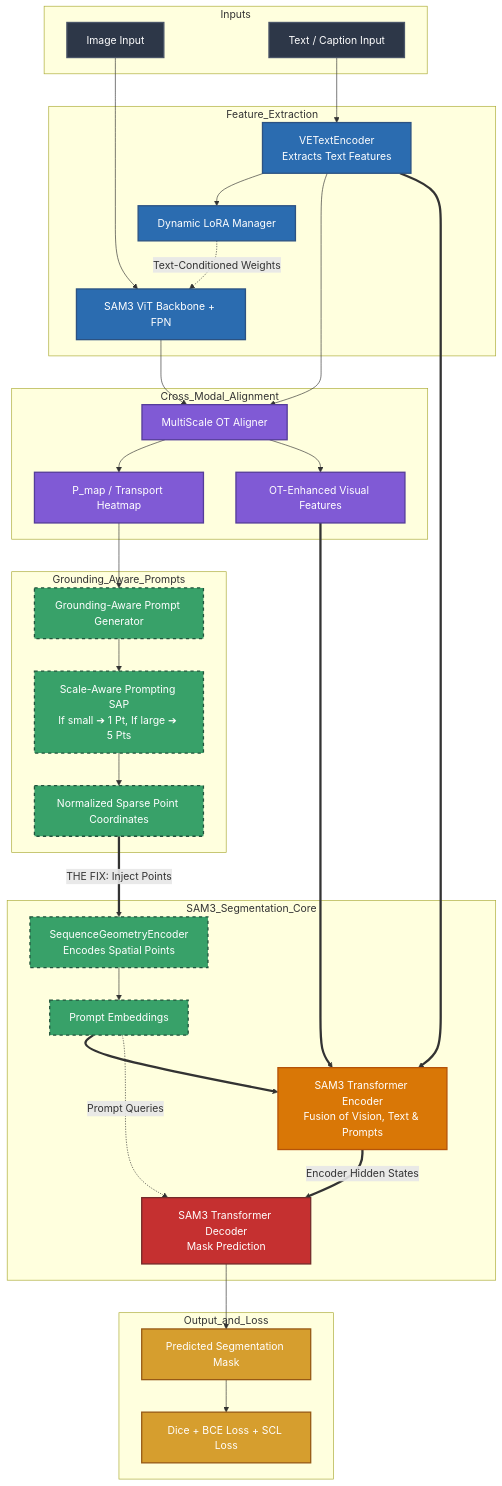
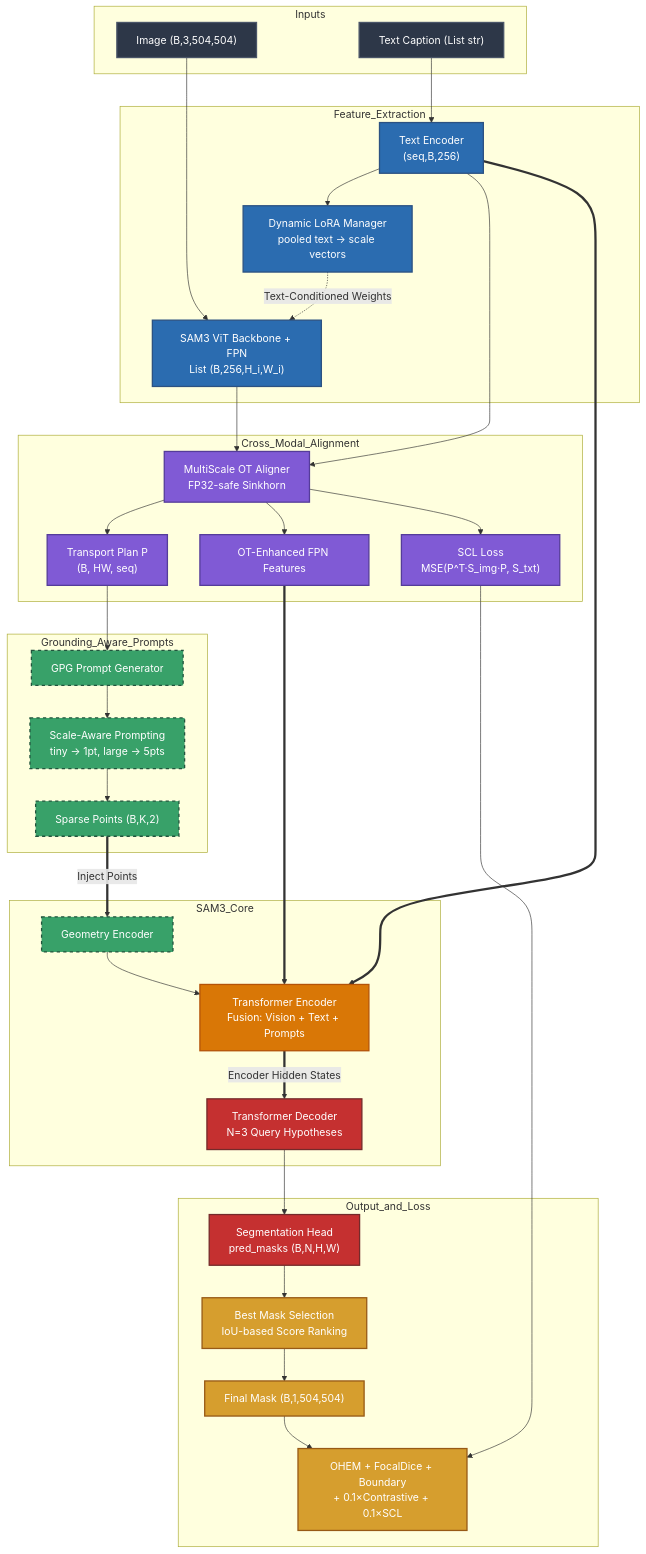
The diagram in README.md (Abdul-Insighht/Enhanced_RRSIS_GPG), drawn with Mermaid before and after one commit. The commit also changed other lines of this file, not shown here.

````diff
--- a/README.md
+++ b/README.md
@@ -20,6 +18,5 @@
 ```mermaid
 graph TD
-    %% Styling
     classDef input fill:#2d3748,stroke:#4a5568,stroke-width:2px,color:#fff
     classDef encoder fill:#2b6cb0,stroke:#2c5282,stroke-width:2px,color:#fff
     classDef alignment fill:#805ad5,stroke:#553c9a,stroke-width:2px,color:#fff
@@ -28,77 +25,69 @@
     classDef decoder fill:#c53030,stroke:#742a2a,stroke-width:2px,color:#fff
     classDef output fill:#d69e2e,stroke:#975a16,stroke-width:2px,color:#fff
 
-    %% Inputs
     subgraph Inputs
-        I[Image Input]:::input
-        C[Text / Caption Input]:::input
+        I["Image (B,3,504,504)"]:::input
+        C["Text Caption (List str)"]:::input
     end
 
-    %% Encoders
     subgraph Feature_Extraction
-        VE[VETextEncoder<br/>Extracts Text Features]:::encoder
-        LoRA[Dynamic LoRA Manager]:::encoder
-        ViT[SAM3 ViT Backbone + FPN]:::encoder
+        VE["Text Encoder<br/>(seq,B,256)"]:::encoder
+        LoRA["Dynamic LoRA Manager<br/>pooled text → scale vectors"]:::encoder
+        ViT["SAM3 ViT Backbone + FPN<br/>List (B,256,H_i,W_i)"]:::encoder
     end
 
-    %% Optimal Transport
     subgraph Cross_Modal_Alignment
-        OT[MultiScale OT Aligner]:::alignment
-        OT_Map[P_map / Transport Heatmap]:::alignment
-        Enh_Vis[OT-Enhanced Visual Features]:::alignment
+        OT["MultiScale OT Aligner<br/>FP32-safe Sinkhorn"]:::alignment
+        OT_Map["Transport Plan P<br/>(B, HW, seq)"]:::alignment
+        SCL["SCL Loss<br/>MSE(P^T·S_img·P, S_txt)"]:::alignment
+        Enh_Vis["OT-Enhanced FPN Features"]:::alignment
     end
 
-    %% Grounding Prompts (Our Fix)
     subgraph Grounding_Aware_Prompts
-        GPG[Grounding-Aware Prompt Generator]:::prompt
-        SAP[Scale-Aware Prompting SAP<br/>If small ➔ 1 Pt, If large ➔ 5 Pts]:::prompt
-        Pts[Normalized Sparse Point Coordinates]:::prompt
+        GPG["GPG Prompt Generator"]:::prompt
+        SAP["Scale-Aware Prompting<br/>tiny → 1pt, large → 5pts"]:::prompt
+        Pts["Sparse Points (B,K,2)"]:::prompt
     end
     
-    %% SAM3 Core
-    subgraph SAM3_Segmentation_Core
-        PE[SequenceGeometryEncoder<br/>Encodes Spatial Points]:::prompt
-        PromptEmb[Prompt Embeddings]:::prompt
-        
-        TransEnc[SAM3 Transformer Encoder<br/>Fusion of Vision, Text & Prompts]:::fusion
-        TransDec[SAM3 Transformer Decoder<br/>Mask Prediction]:::decoder
+    subgraph SAM3_Core
+        PE["Geometry Encoder"]:::prompt
+        TransEnc["Transformer Encoder<br/>Fusion: Vision + Text + Prompts"]:::fusion
+        TransDec["Transformer Decoder<br/>N=3 Query Hypotheses"]:::decoder
     end
 
-    %% Outputs & Loss
     subgraph Output_and_Loss
-        Mask[Predicted Segmentation Mask]:::output
-        Loss[Dice + BCE Loss + SCL Loss]:::output
+        SegHead["Segmentation Head<br/>pred_masks (B,N,H,W)"]:::decoder
+        Select["Best Mask Selection<br/>IoU-based Score Ranking"]:::output
+        Mask["Final Mask (B,1,504,504)"]:::output
+        Loss["OHEM + FocalDice + Boundary<br/>+ 0.1×Contrastive + 0.1×SCL"]:::output
     end
 
-    %% Flow Connections
     I --> ViT
     C --> VE
     
     VE --> LoRA
-    LoRA -.->|Text-Conditioned Weights| ViT
+    LoRA -.->|"Text-Conditioned Weights"| ViT
     
     VE --> OT
     ViT --> OT
     OT --> OT_Map
     OT --> Enh_Vis
+    OT --> SCL
     
     OT_Map --> GPG
     GPG --> SAP
     SAP --> Pts
     
-    Pts ==>|THE FIX: Inject Points| PE
-    PE --> PromptEmb
+    Pts ==>|"Inject Points"| PE
+    PE --> TransEnc
     
-    %% Fusion in Transformer Encoder
     Enh_Vis ==> TransEnc
     VE ==> TransEnc
-    PromptEmb ==> TransEnc
     
-    %% Flow to Decoder
-    TransEnc ==>|Encoder Hidden States| TransDec
-    PromptEmb -.->|Prompt Queries| TransDec
-    
-    %% Output
-    TransDec --> Mask
+    TransEnc ==>|"Encoder Hidden States"| TransDec
+    TransDec --> SegHead
+    SegHead --> Select
+    Select --> Mask
     Mask --> Loss
+    SCL --> Loss
 ```
````
